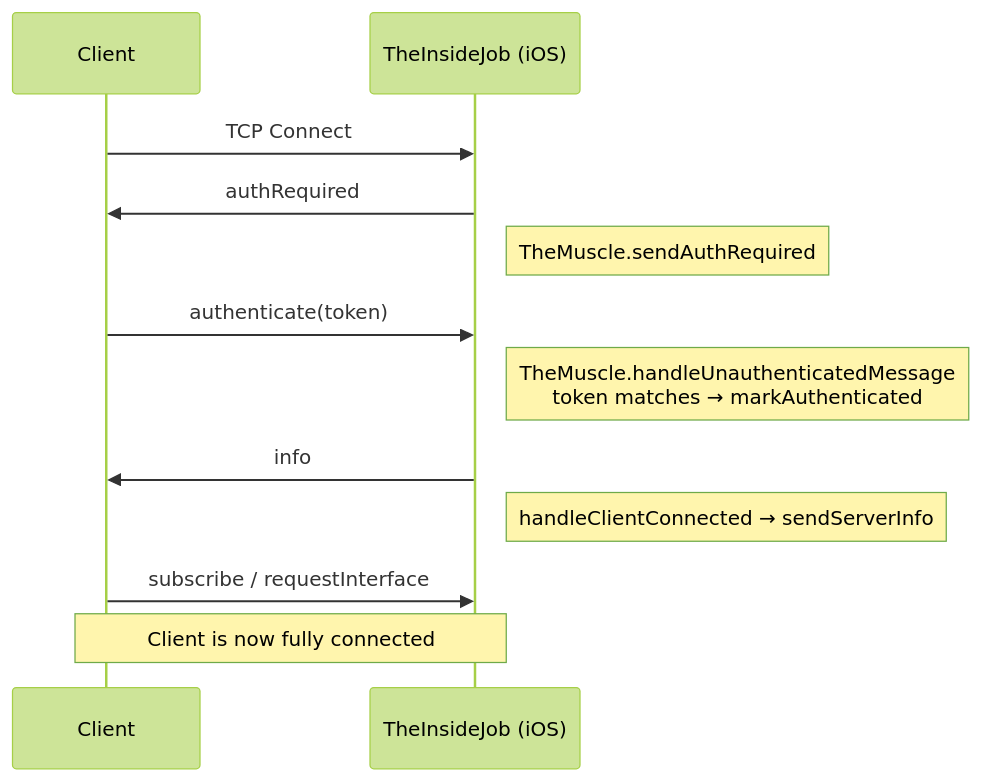
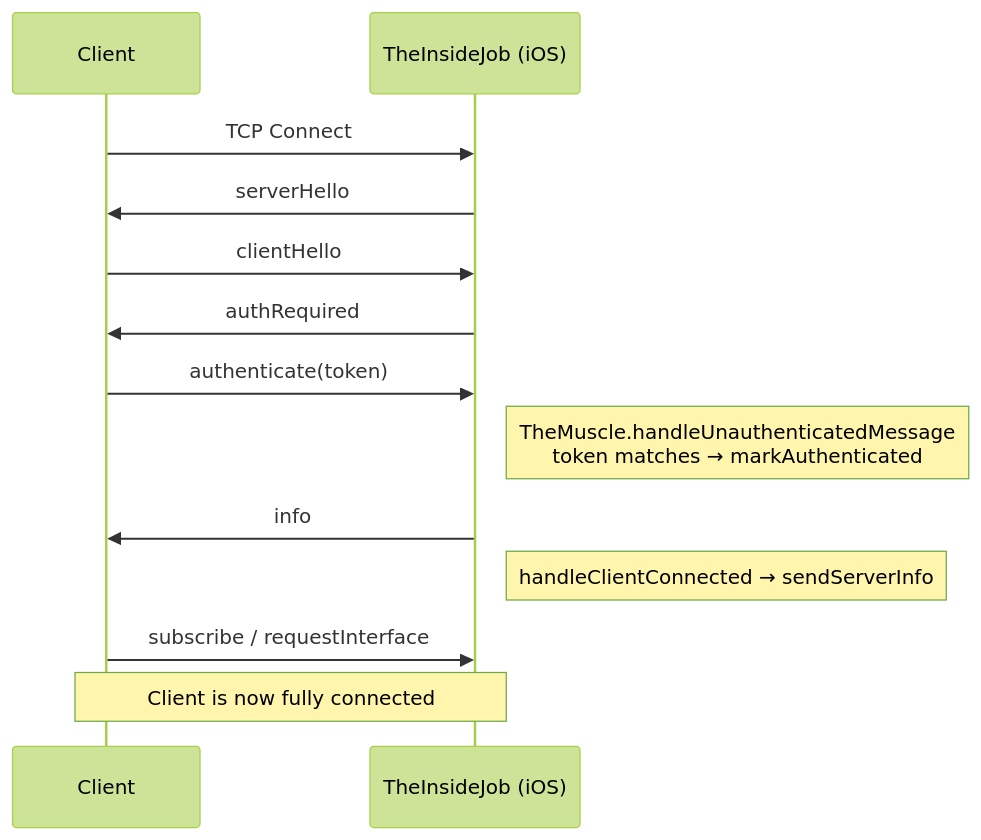
One commit to RoyalPineapple/TheButtonHeist changed the second of 7 diagrams in docs/AUTH.md. Above: the diagram before and after it, drawn with Mermaid (forest theme). The commit also changed other lines of this file and 30 other files, not shown here.

````diff
--- a/docs/AUTH.md
+++ b/docs/AUTH.md
@@ -68,15 +68,16 @@
 ```mermaid
 sequenceDiagram
     participant Client
     participant TheInsideJob as TheInsideJob (iOS)
 
     Client->>TheInsideJob: TCP Connect
+    TheInsideJob->>Client: serverHello
+    Client->>TheInsideJob: clientHello
     TheInsideJob->>Client: authRequired
-    Note right of TheInsideJob: TheMuscle.sendAuthRequired
     Client->>TheInsideJob: authenticate(token)
     Note right of TheInsideJob: TheMuscle.handleUnauthenticatedMessage<br/>token matches → markAuthenticated
     TheInsideJob->>Client: info
     Note right of TheInsideJob: handleClientConnected → sendServerInfo
     Client->>TheInsideJob: subscribe / requestInterface
     Note over Client,TheInsideJob: Client is now fully connected
 ```
````
